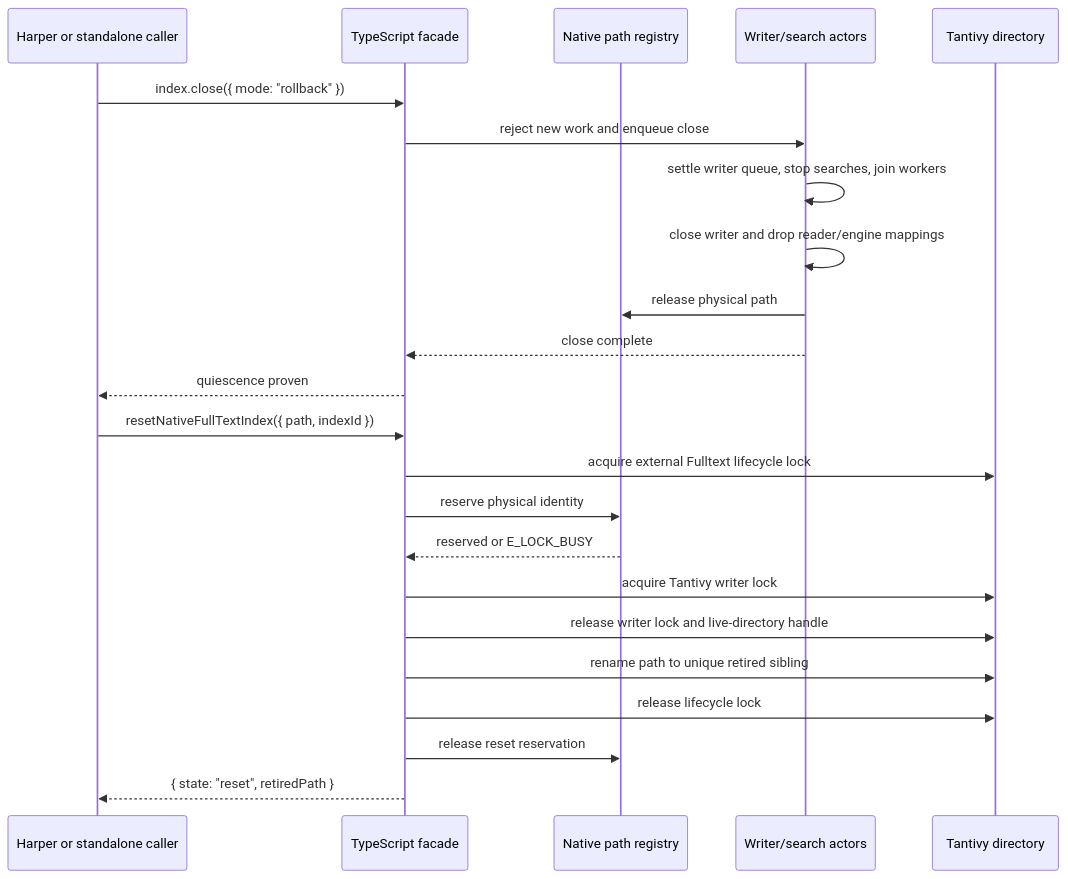
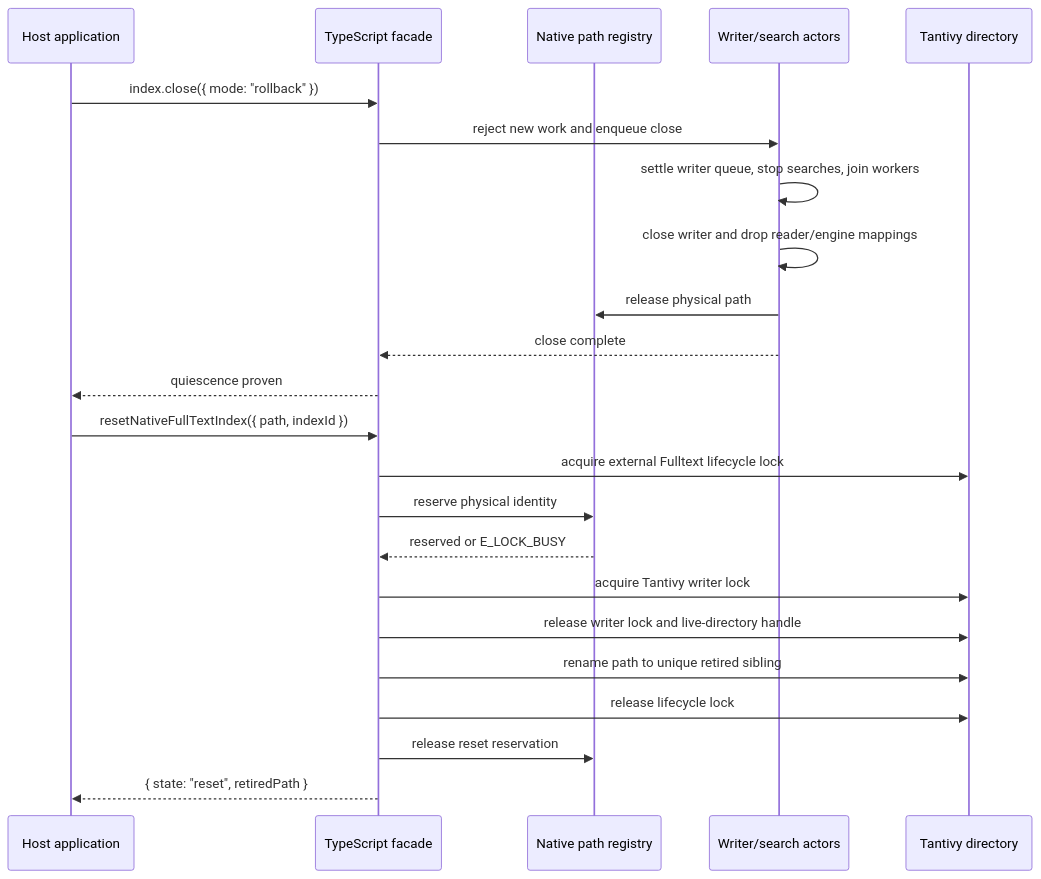
The diagram in docs/native-reset-quiescence.md (HarperFast/fulltext), drawn with Mermaid before and after one commit. The commit also changed other lines of this file and 49 other files, not shown here.

First line of the commit message:
Complete the native full-text runtime contract (#42)

````diff
--- a/docs/native-reset-quiescence.md
+++ b/docs/native-reset-quiescence.md
@@ -97,26 +95,26 @@
 ```mermaid
 sequenceDiagram
-	participant Harper as Harper or standalone caller
+	participant Application as Host application
 	participant Wrapper as TypeScript facade
 	participant Registry as Native path registry
 	participant Actors as Writer/search actors
 	participant Disk as Tantivy directory
 
-	Harper->>Wrapper: index.close({ mode: "rollback" })
+	Application->>Wrapper: index.close({ mode: "rollback" })
 	Wrapper->>Actors: reject new work and enqueue close
 	Actors->>Actors: settle writer queue, stop searches, join workers
 	Actors->>Actors: close writer and drop reader/engine mappings
 	Actors->>Registry: release physical path
 	Actors-->>Wrapper: close complete
-	Wrapper-->>Harper: quiescence proven
-	Harper->>Wrapper: resetNativeFullTextIndex({ path, indexId })
+	Wrapper-->>Application: quiescence proven
+	Application->>Wrapper: resetNativeFullTextIndex({ path, indexId })
 	Wrapper->>Disk: acquire external Fulltext lifecycle lock
 	Wrapper->>Registry: reserve physical identity
 	Registry-->>Wrapper: reserved or E_LOCK_BUSY
 	Wrapper->>Disk: acquire Tantivy writer lock
 	Wrapper->>Disk: release writer lock and live-directory handle
 	Wrapper->>Disk: rename path to unique retired sibling
 	Wrapper->>Disk: release lifecycle lock
 	Wrapper->>Registry: release reset reservation
-	Wrapper-->>Harper: { state: "reset", retiredPath }
+	Wrapper-->>Application: { state: "reset", retiredPath }
 ```
````
